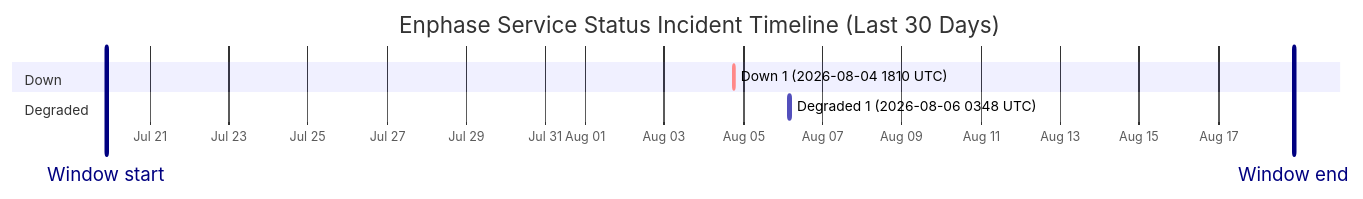
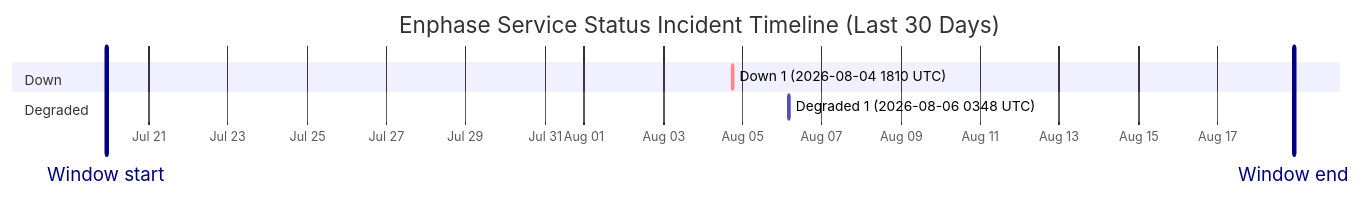
The diagram in wiki/Service-Status-History.md (barneyonline/ha-enphase-energy), drawn with Mermaid before and after one commit. The commit also changed other lines of this file and 3 other files, not shown here.

````diff
--- a/wiki/Service-Status-History.md
+++ b/wiki/Service-Status-History.md
@@ -14,12 +14,12 @@
 ```mermaid
 gantt
     title Enphase Service Status Incident Timeline (Last 30 Days)
     dateFormat  YYYY-MM-DDTHH:mm:ss
     axisFormat  %b %d
-    Window start :vert, window-start, 2026-07-19T21:47:20, 0ms
-    Window end :vert, window-end, 2026-08-18T21:47:20, 0ms
+    Window start :vert, window-start, 2026-07-19T22:20:33, 0ms
+    Window end :vert, window-end, 2026-08-18T22:20:33, 0ms
     section Down
     Down 1 (2026-08-04 1810 UTC) :crit, down-1, 2026-08-04T18:10:46, 60m
     section Degraded
     Degraded 1 (2026-08-06 0348 UTC) :active, degraded-1, 2026-08-06T03:48:14, 60m
 ```
````
